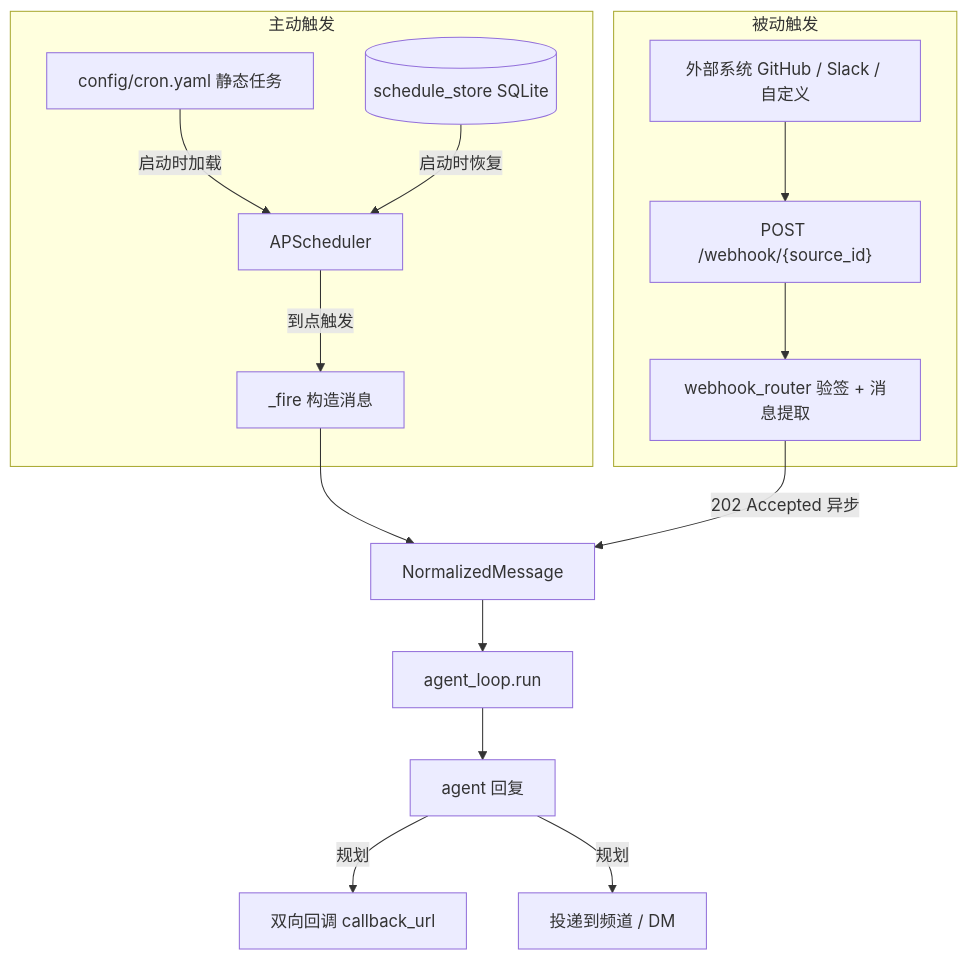
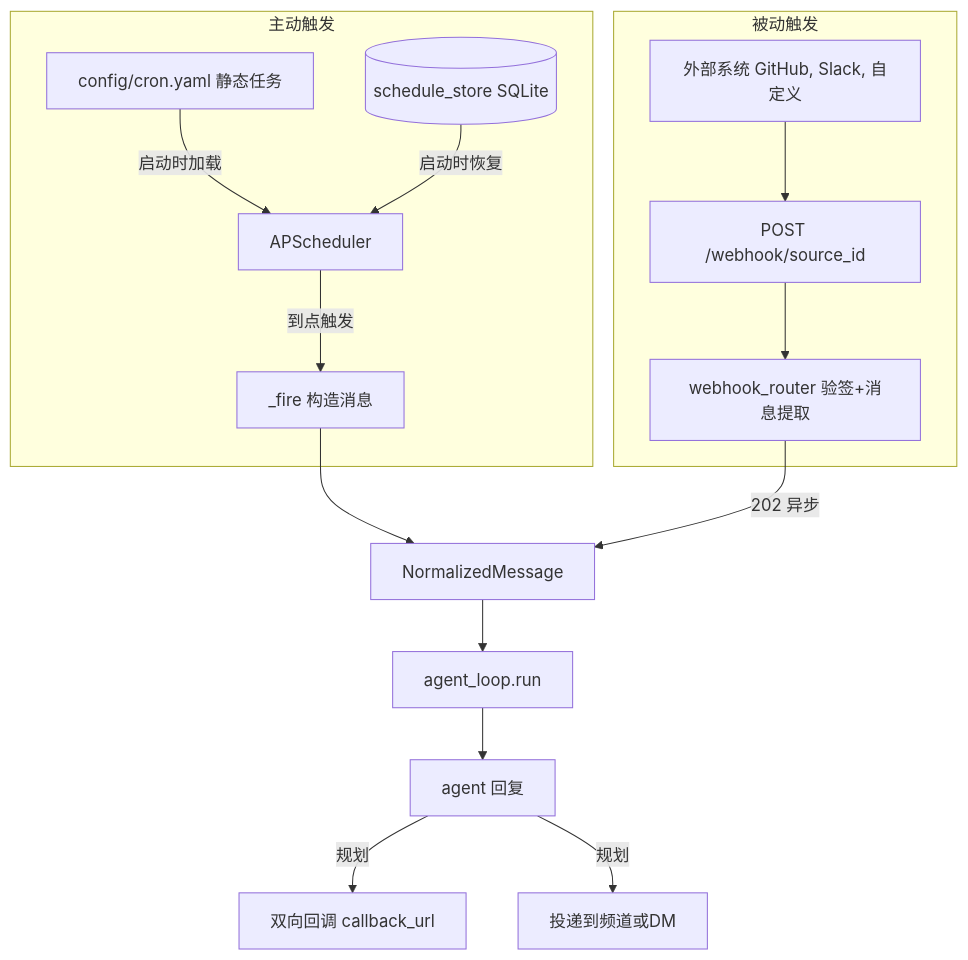
Before and after one commit to Summy2104/fleetent: the first of 3 diagrams in docs/capabilities/scheduling.md, drawn with Mermaid. The commit also changed other lines of this file, not shown here.

Commit message:
docs: fix mermaid VSCode compatibility in scheduling diagrams

````diff
--- a/docs/capabilities/scheduling.md
+++ b/docs/capabilities/scheduling.md
@@ -19,26 +19,26 @@
 ```mermaid
 flowchart TD
     subgraph 主动触发
         CY["config/cron.yaml 静态任务"]
         DB[("schedule_store SQLite")]
         AP[APScheduler]
         CY -->|启动时加载| AP
         DB -->|启动时恢复| AP
         AP -->|到点触发| FIRE["_fire 构造消息"]
     end
 
     subgraph 被动触发
-        EXT["外部系统 GitHub / Slack / 自定义"]
-        WH["POST /webhook/{source_id}"]
-        WR["webhook_router 验签 + 消息提取"]
+        EXT["外部系统 GitHub, Slack, 自定义"]
+        WH["POST /webhook/source_id"]
+        WR["webhook_router 验签+消息提取"]
         EXT --> WH --> WR
     end
 
     FIRE --> NM[NormalizedMessage]
-    WR -->|202 Accepted 异步| NM
+    WR -->|202 异步| NM
 
     NM --> AL["agent_loop.run"]
-    AL --> REPLY[agent 回复]
+    AL --> REPLY["agent 回复"]
     REPLY -->|规划| CB["双向回调 callback_url"]
-    REPLY -->|规划| CH["投递到频道 / DM"]
+    REPLY -->|规划| CH["投递到频道或DM"]
 ```
````
